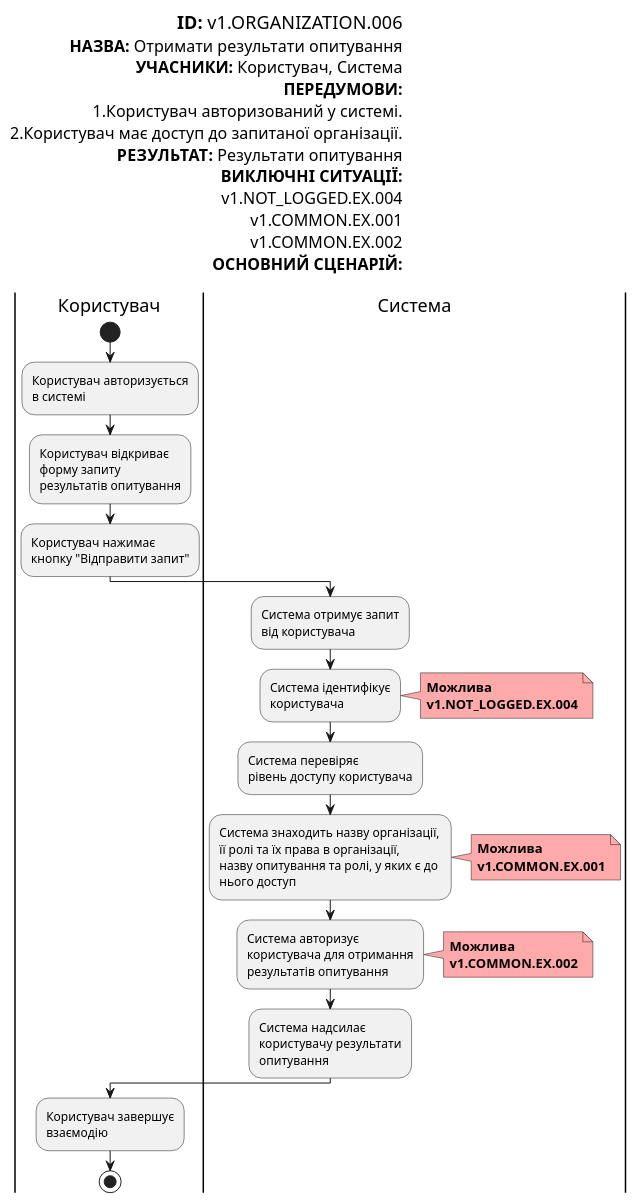
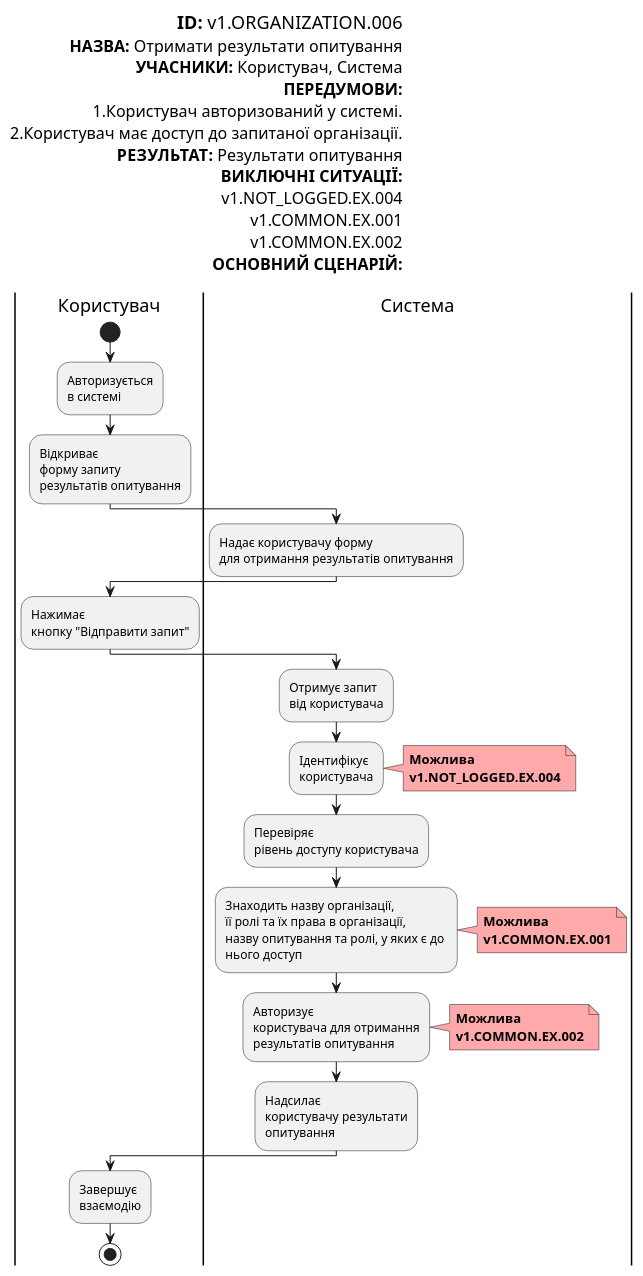
One commit to Znskiy/survey-expert changed diagram 11 of 18 in docs/use cases/README.md. Above: the diagram before and after it, drawn with PlantUML. The commit also changed other lines of this file, not shown here.

```diff
--- a/docs/use cases/README.md
+++ b/docs/use cases/README.md
@@ -677,72 +681,77 @@
   @startuml
 
       left header
         <font color=000 size=18><b>ID:</b> v1.ORGANIZATION.006
         <font color=000 size=16><b>НАЗВА:</b> Отримати результати опитування
         <font color=000 size=16><b>УЧАСНИКИ:</b> Користувач, Система
         <font color=000 size=16><b>ПЕРЕДУМОВИ:</b>
         <font color=000 size=16>1.Користувач авторизований у системі.
         <font color=000 size=16>2.Користувач має доступ до запитаної організації.
         <font color=000 size=16><b>РЕЗУЛЬТАТ:</b> Результати опитування
         <font color=000 size=16><b>ВИКЛЮЧНІ СИТУАЦІЇ:</b>
         <font color=000 size=16>v1.NOT_LOGGED.EX.004
         <font color=000 size=16>v1.COMMON.EX.001
         <font color=000 size=16>v1.COMMON.EX.002
         <font color=000 size=16><b>ОСНОВНИЙ СЦЕНАРІЙ:</b>
 
       end header
 
       |Користувач|
           start
-          :Користувач авторизується
+          :Авторизується
           в системі;
     
-          :Користувач відкриває
+          :Відкриває
           форму запиту
           результатів опитування;
-
-          :Користувач нажимає
+            
+      |Система|
+          :Надає користувачу форму
+          для отримання результатів опитування;
+            
+      |Користувач|      
+          :Нажимає
           кнопку "Відправити запит";
 
       |Система|
-          :Система отримує запит
+          :Отримує запит
           від користувача;
 
-          :Система ідентифікує
+          :Ідентифікує
           користувача;
           note right #ffaaaa
           <b>Можлива</b>
           <b>v1.NOT_LOGGED.EX.004</b>
           end note
 
-          :Система перевіряє
+          :Перевіряє
           рівень доступу користувача;
 
-          :Система знаходить назву організації,
+          :Знаходить назву організації,
           її ролі та їх права в організації,
           назву опитування та ролі, у яких є до 
           нього доступ;
           note right #ffaaaa
           <b>Можлива</b>
           <b>v1.COMMON.EX.001</b>
           end note
 
-          :Система авторизує
+          :Авторизує
           користувача для отримання
           результатів опитування;
           note right #ffaaaa
           <b>Можлива</b>
           <b>v1.COMMON.EX.002</b>
           end note
 
-          :Система надсилає
+          :Надсилає
           користувачу результати
           опитування;
 
       |Користувач|           
-          :Користувач завершує
+          :Завершує
           взаємодію;
 
           stop;
 
   @enduml
```
